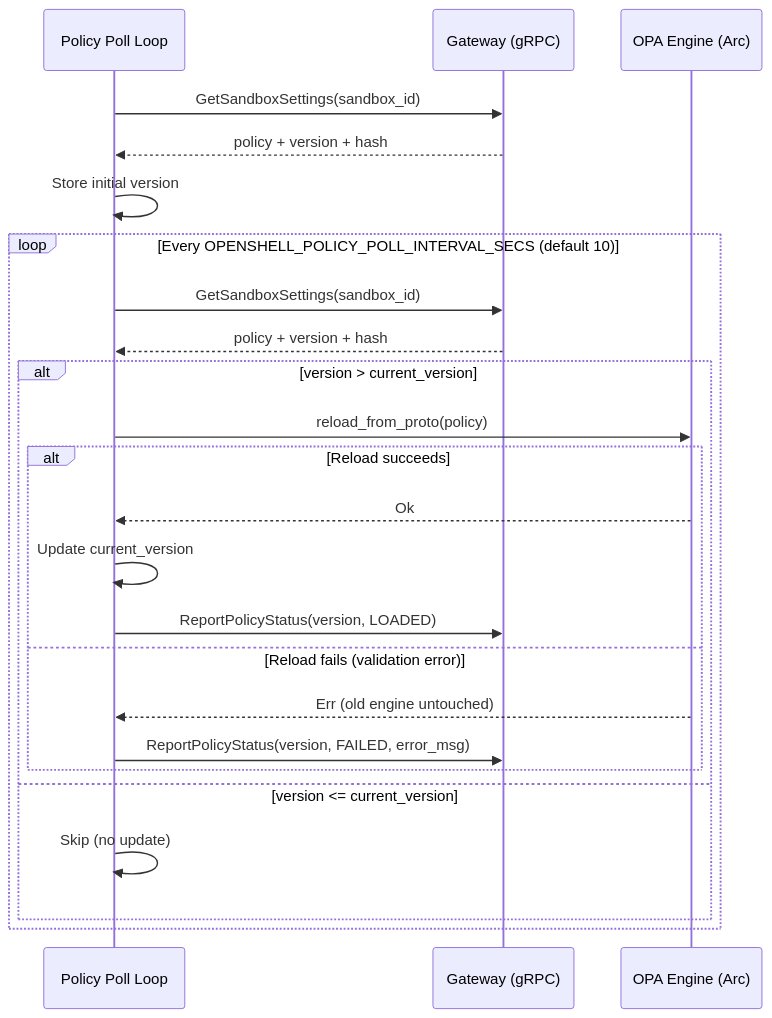
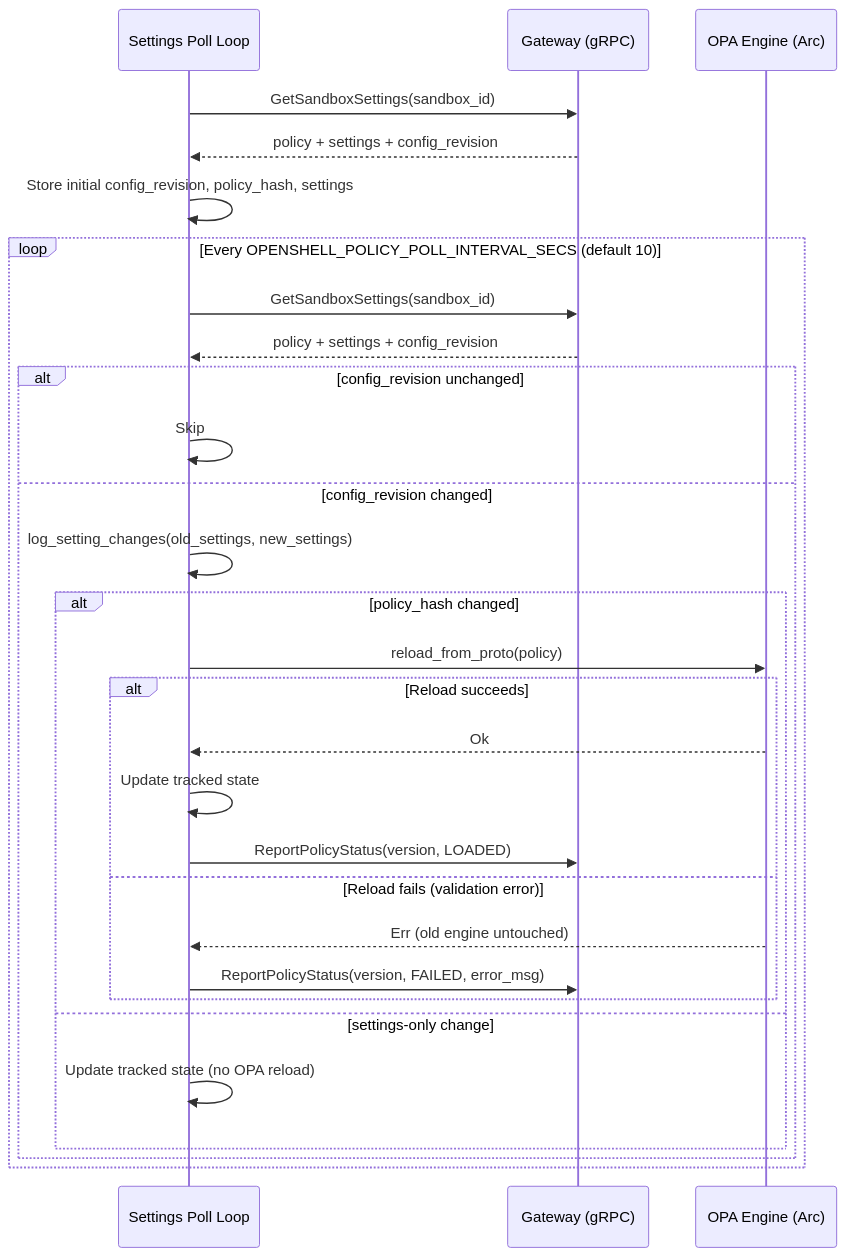
Before and after one commit to NVIDIA/OpenShell: the third of 10 diagrams in architecture/sandbox.md, drawn with Mermaid. The commit also changed other lines of this file and 6 other files, not shown here.

````diff
--- a/architecture/sandbox.md
+++ b/architecture/sandbox.md
@@ -318,28 +320,33 @@
 ```mermaid
 sequenceDiagram
-    participant PL as Policy Poll Loop
+    participant PL as Settings Poll Loop
     participant GW as Gateway (gRPC)
     participant OPA as OPA Engine (Arc)
 
     PL->>GW: GetSandboxSettings(sandbox_id)
-    GW-->>PL: policy + version + hash
-    PL->>PL: Store initial version
+    GW-->>PL: policy + settings + config_revision
+    PL->>PL: Store initial config_revision, policy_hash, settings
 
     loop Every OPENSHELL_POLICY_POLL_INTERVAL_SECS (default 10)
         PL->>GW: GetSandboxSettings(sandbox_id)
-        GW-->>PL: policy + version + hash
-        alt version > current_version
-            PL->>OPA: reload_from_proto(policy)
-            alt Reload succeeds
-                OPA-->>PL: Ok
-                PL->>PL: Update current_version
-                PL->>GW: ReportPolicyStatus(version, LOADED)
-            else Reload fails (validation error)
-                OPA-->>PL: Err (old engine untouched)
-                PL->>GW: ReportPolicyStatus(version, FAILED, error_msg)
+        GW-->>PL: policy + settings + config_revision
+        alt config_revision unchanged
+            PL->>PL: Skip
+        else config_revision changed
+            PL->>PL: log_setting_changes(old_settings, new_settings)
+            alt policy_hash changed
+                PL->>OPA: reload_from_proto(policy)
+                alt Reload succeeds
+                    OPA-->>PL: Ok
+                    PL->>PL: Update tracked state
+                    PL->>GW: ReportPolicyStatus(version, LOADED)
+                else Reload fails (validation error)
+                    OPA-->>PL: Err (old engine untouched)
+                    PL->>GW: ReportPolicyStatus(version, FAILED, error_msg)
+                end
+            else settings-only change
+                PL->>PL: Update tracked state (no OPA reload)
             end
-        else version <= current_version
-            PL->>PL: Skip (no update)
         end
     end
 ```
````
